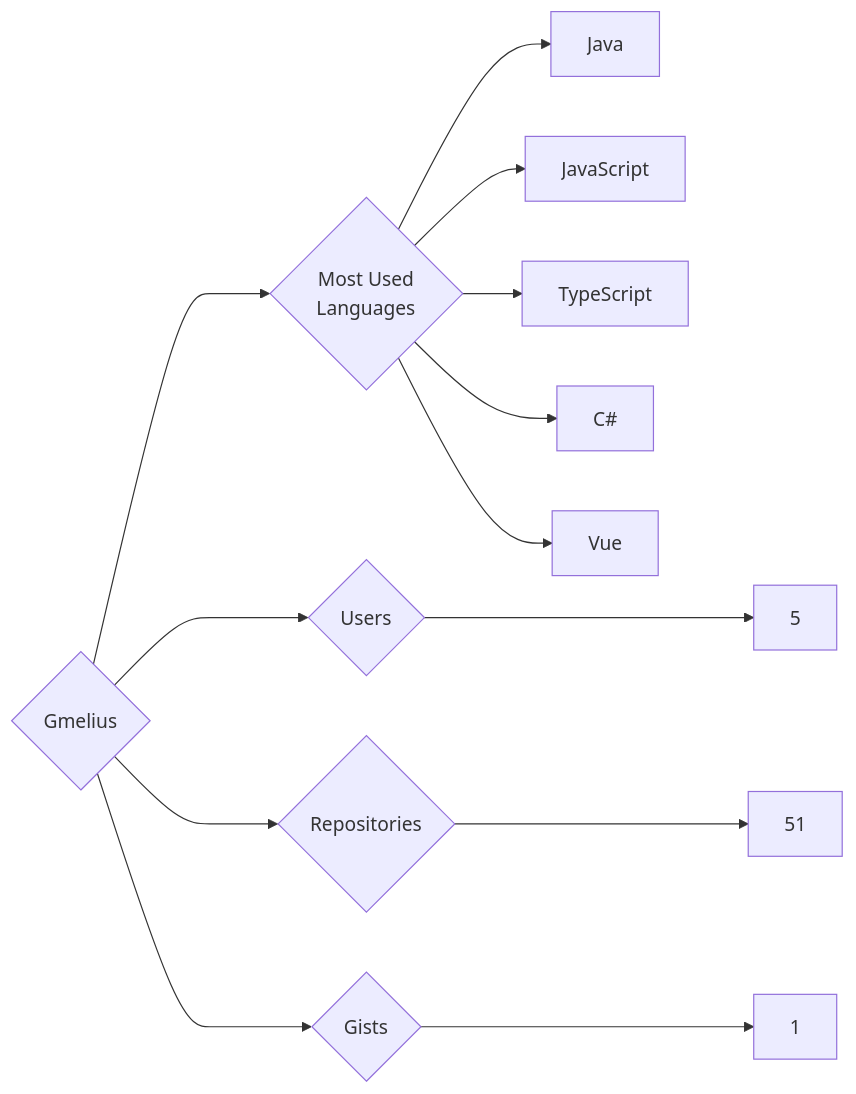
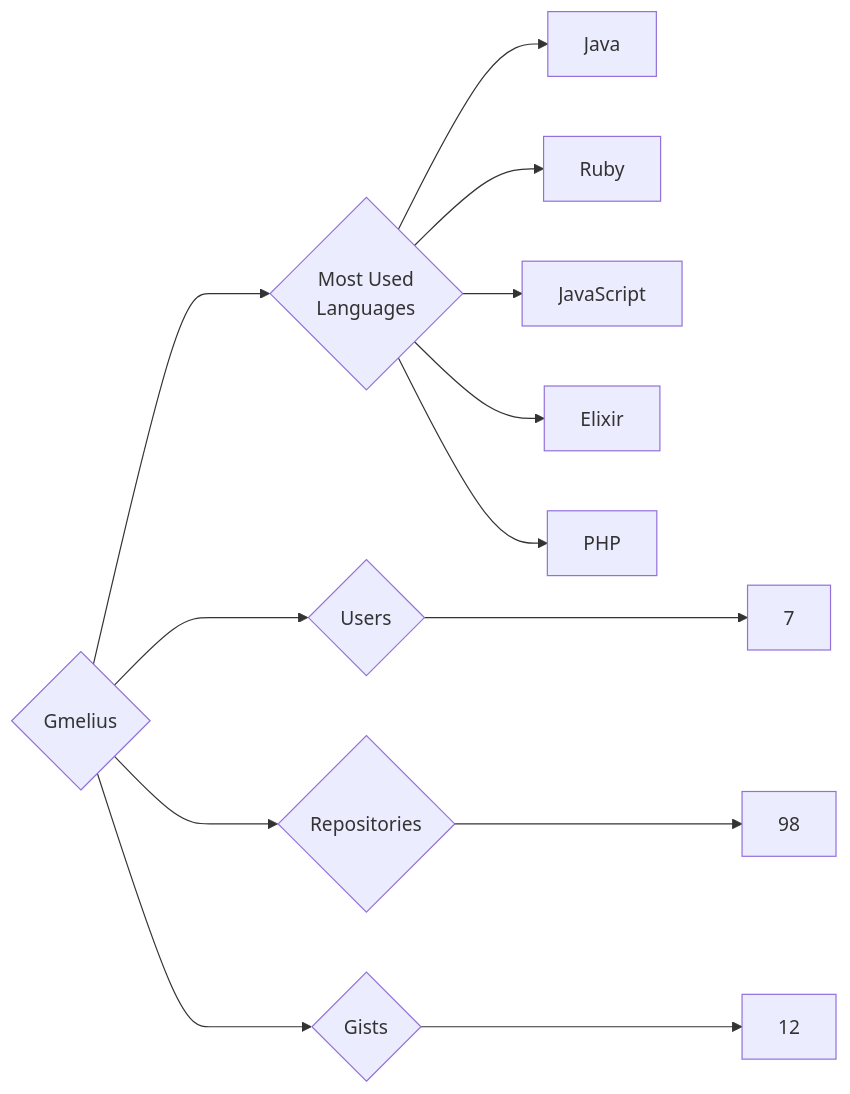
The diagram in targets/Gmelius/README.md (trickest/insiders), drawn with Mermaid before and after one commit. The commit also changed 930 other files, not shown here.

````diff
--- a/targets/Gmelius/README.md
+++ b/targets/Gmelius/README.md
@@ -3,13 +3,13 @@
 ```mermaid
 graph LR
 COMPANY_NAME{Gmelius}
-COMPANY_NAME ---> U{Users} ---> UN[5]
-COMPANY_NAME ---> R{Repositories} ---> RN[51]
-COMPANY_NAME ---> G{Gists} ---> GN[1]
+COMPANY_NAME ---> U{Users} ---> UN[7]
+COMPANY_NAME ---> R{Repositories} ---> RN[98]
+COMPANY_NAME ---> G{Gists} ---> GN[12]
 COMPANY_NAME ---> ML{Most Used<br>Languages}
 ML --> Java[Java]
+ML --> Ruby[Ruby]
 ML --> JavaScript[JavaScript]
-ML --> TypeScript[TypeScript]
-ML --> C#[C#]
-ML --> Vue[Vue]
+ML --> Elixir[Elixir]
+ML --> PHP[PHP]
 ```
````
